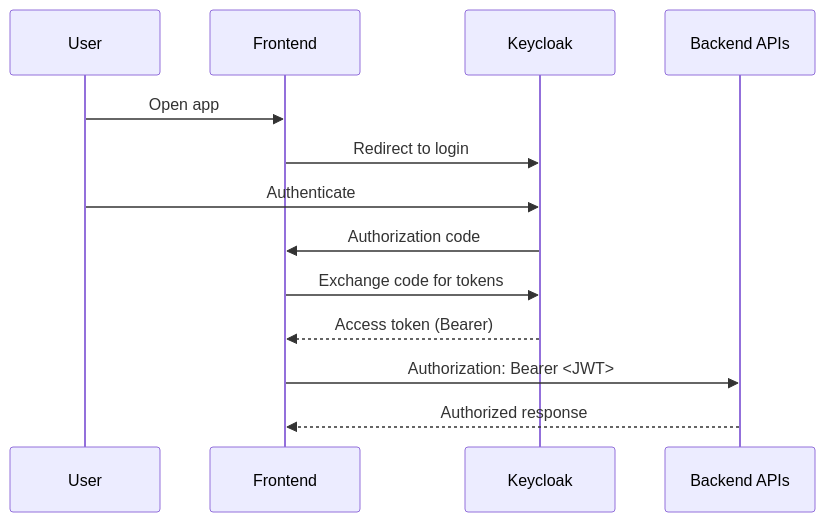
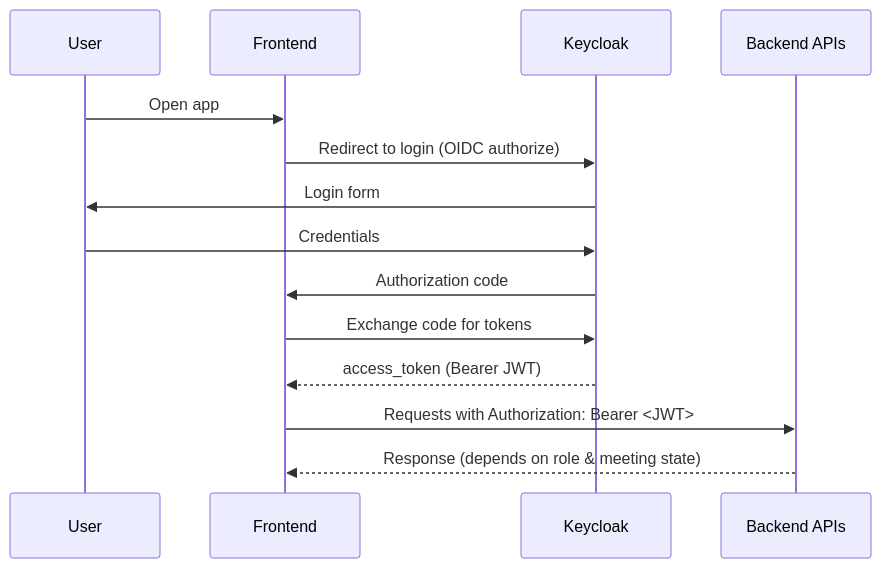
One commit to VotingM7011E/Report changed the third of 8 diagrams in README.md. Above: the diagram before and after it, drawn with Mermaid. The commit also changed other lines of this file, not shown here.

````diff
--- a/README.md
+++ b/README.md
@@ -139,16 +167,17 @@
 ```mermaid
 sequenceDiagram
   participant User
-  participant Frontend
-  participant Keycloak
+  participant FE as Frontend
+  participant KC as Keycloak
   participant API as Backend APIs
 
-  User->>Frontend: Open app
-  Frontend->>Keycloak: Redirect to login
-  User->>Keycloak: Authenticate
-  Keycloak->>Frontend: Authorization code
-  Frontend->>Keycloak: Exchange code for tokens
-  Keycloak-->>Frontend: Access token (Bearer)
-  Frontend->>API: Authorization: Bearer <JWT>
-  API-->>Frontend: Authorized response
+  User->>FE: Open app
+  FE->>KC: Redirect to login (OIDC authorize)
+  KC->>User: Login form
+  User->>KC: Credentials
+  KC->>FE: Authorization code
+  FE->>KC: Exchange code for tokens
+  KC-->>FE: access_token (Bearer JWT)
+  FE->>API: Requests with Authorization: Bearer <JWT>
+  API-->>FE: Response (depends on role & meeting state)
 ```
````
